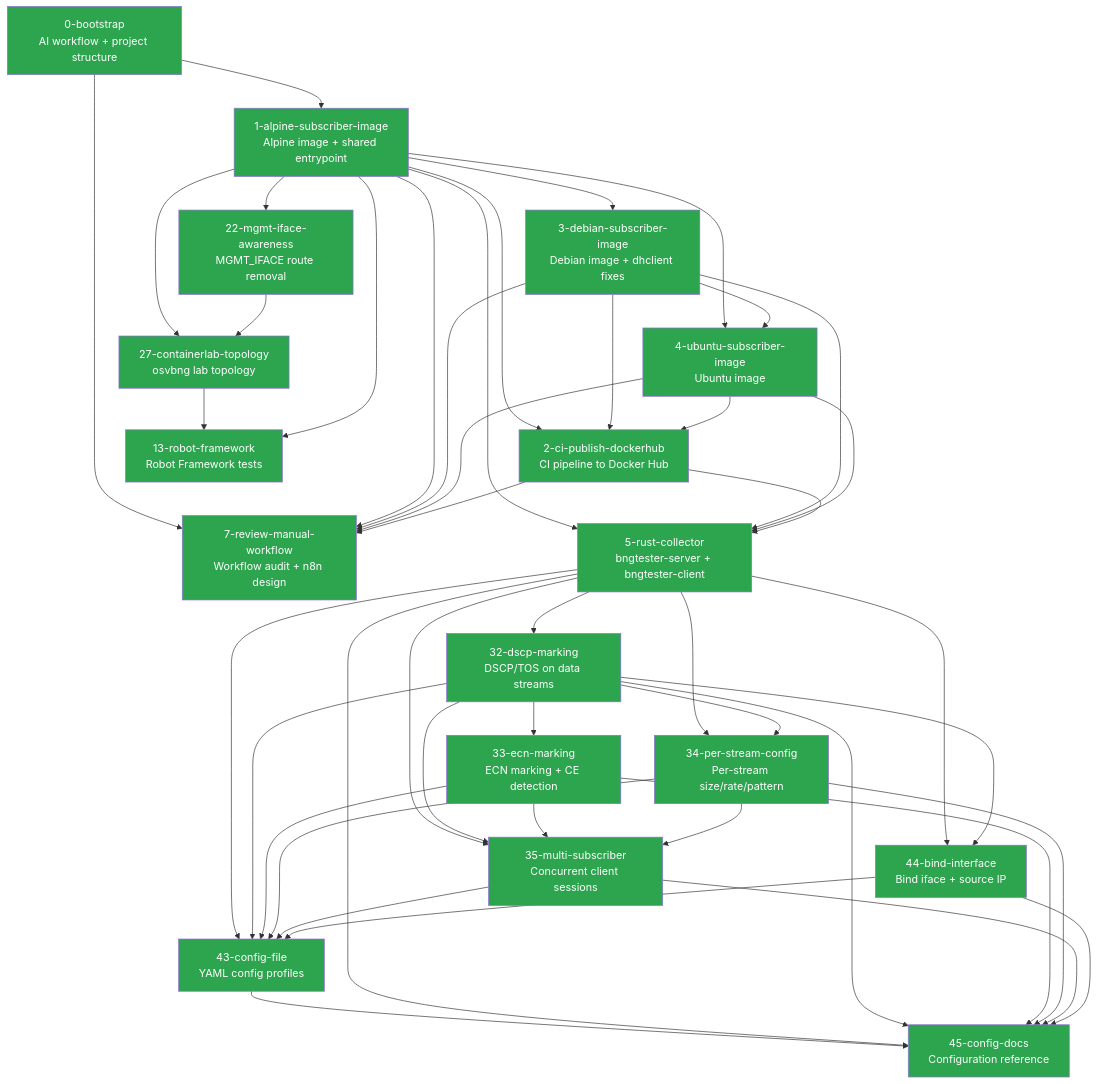
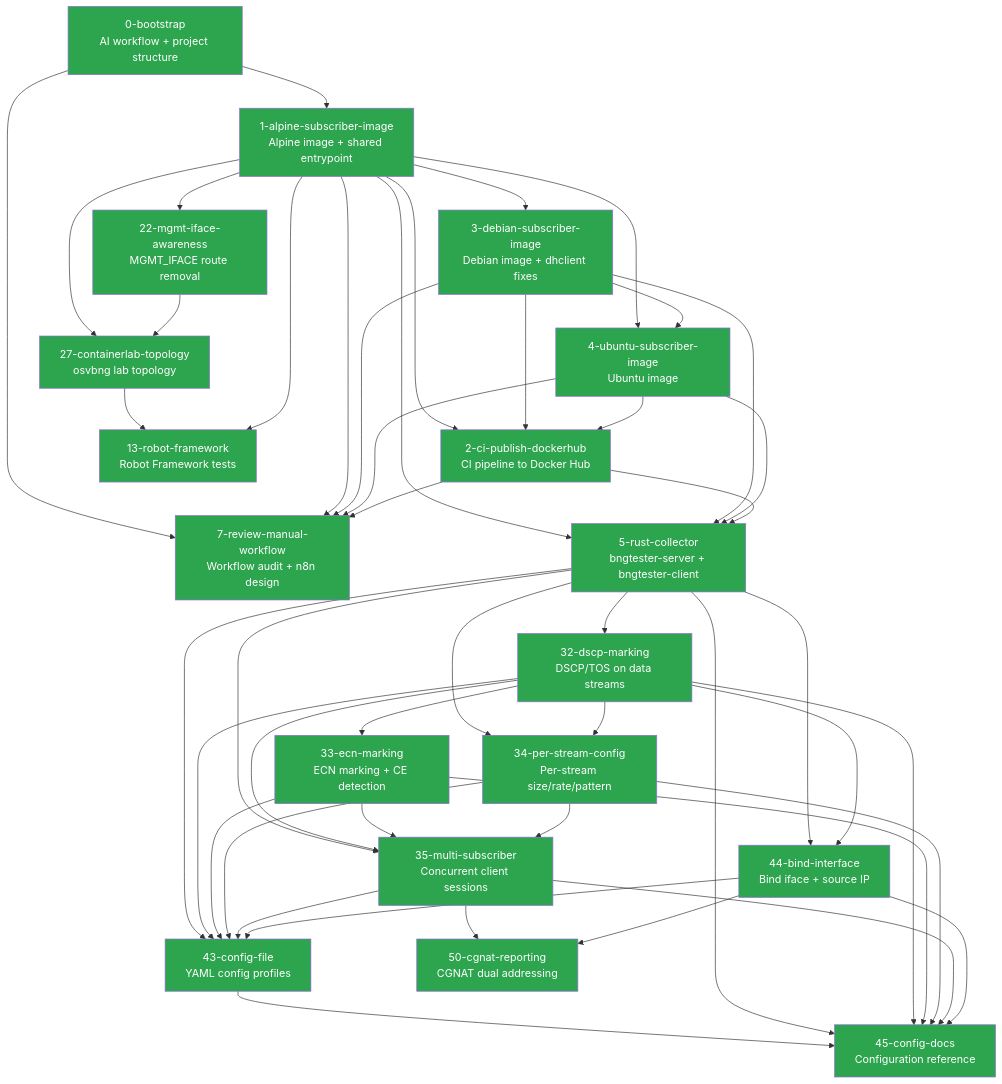
Before and after one commit to veesix-networks/bngtester: the diagram in context/SUMMARY.md, drawn with Mermaid. The commit also changed other lines of this file and 7 other files, not shown here.

First line of the commit message:
feat(report): add CGNAT-aware dual addressing (#50)

````diff
--- a/context/SUMMARY.md
+++ b/context/SUMMARY.md
@@ -51,6 +52,7 @@
     BI[44-bind-interface<br/>Bind iface + source IP]
     CF[43-config-file<br/>YAML config profiles]
     CD[45-config-docs<br/>Configuration reference]
+    CG[50-cgnat-reporting<br/>CGNAT dual addressing]
 
     B --> A
     A --> D
@@ -96,6 +98,8 @@
     PSC --> CD
     MS --> CD
     BI --> CD
+    MS --> CG
+    BI --> CG
 
     style B fill:#2da44e,color:#fff
     style A fill:#2da44e,color:#fff
@@ -114,4 +118,5 @@
     style BI fill:#2da44e,color:#fff
     style CF fill:#2da44e,color:#fff
     style CD fill:#2da44e,color:#fff
+    style CG fill:#2da44e,color:#fff
 ```
````
